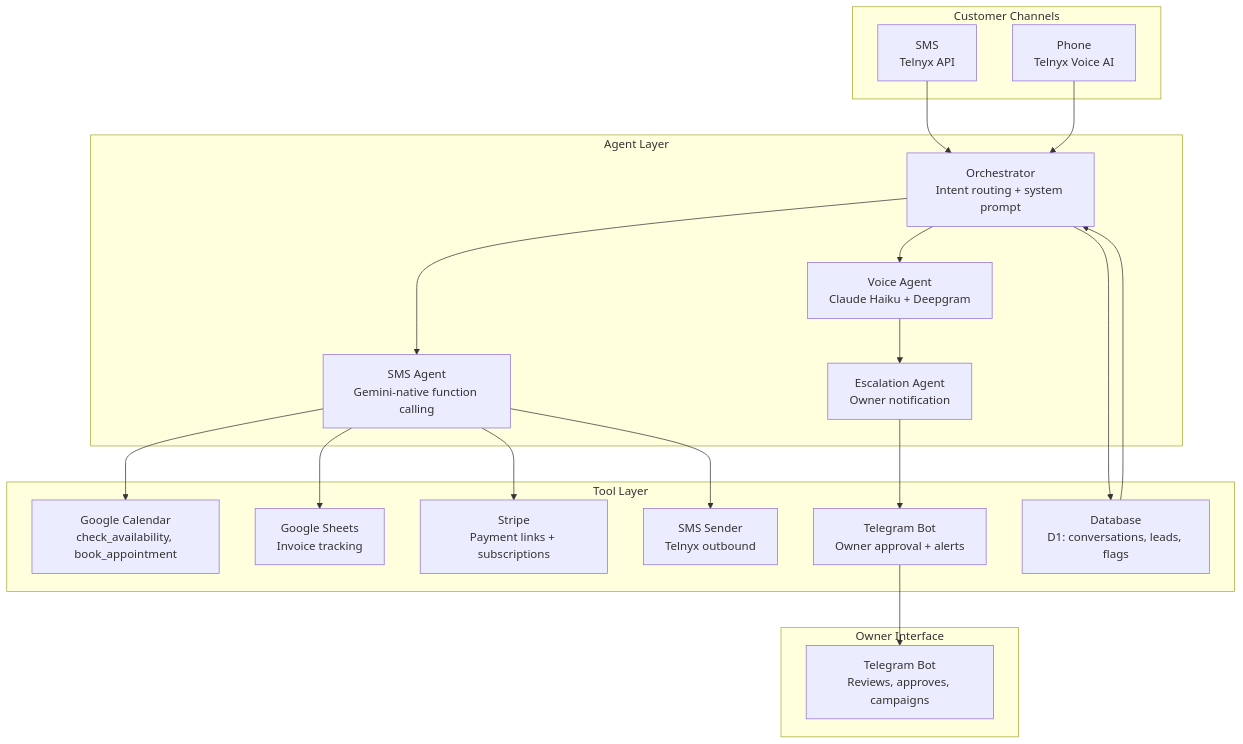
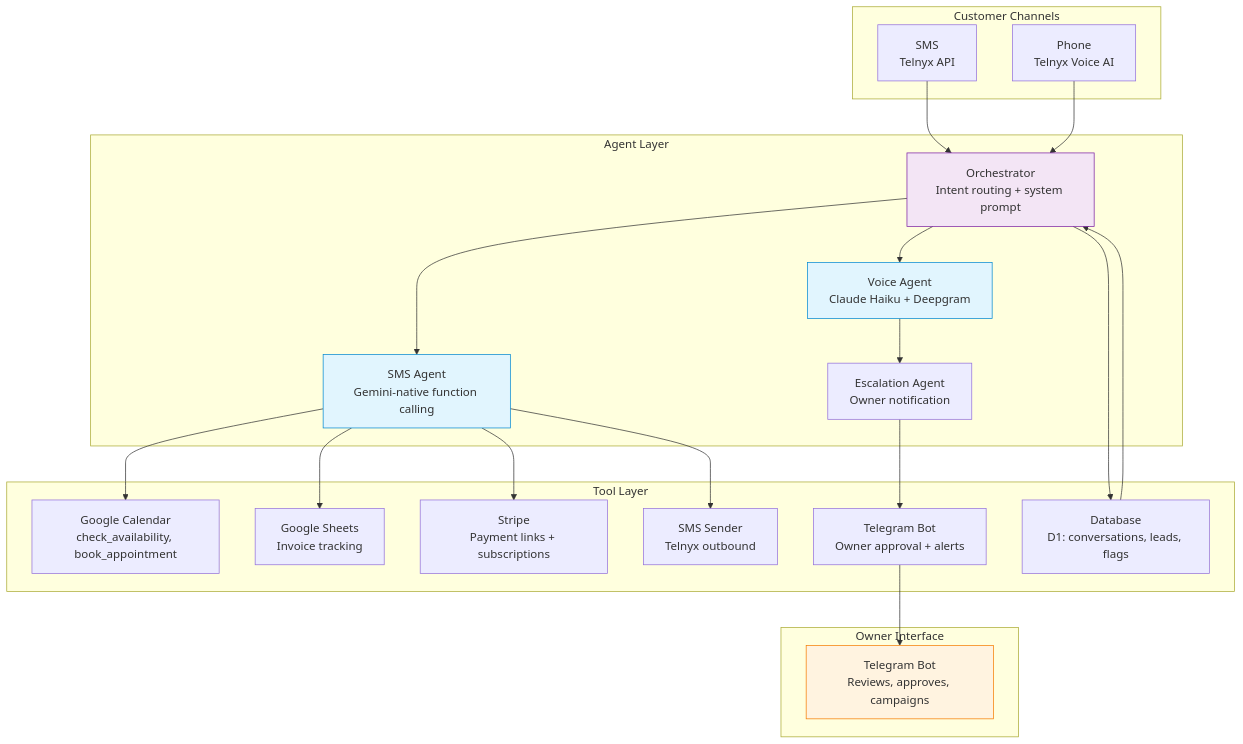
The second of 2 diagrams in README.md (linmichael123/smbforge-agentic-workflows), drawn with Mermaid before and after one commit. The commit also changed other lines of this file, not shown here.

````diff
--- a/README.md
+++ b/README.md
@@ -24,41 +126,46 @@
 ```mermaid
 flowchart TD
     subgraph Input["Customer Channels"]
         SM["SMS<br/>Telnyx API"]
         PH["Phone<br/>Telnyx Voice AI"]
     end
 
     subgraph Agents["Agent Layer"]
         OA["Orchestrator<br/>Intent routing + system prompt"]
         SA["SMS Agent<br/>Gemini-native function calling"]
         VA["Voice Agent<br/>Claude Haiku + Deepgram"]
         EA["Escalation Agent<br/>Owner notification"]
     end
 
     subgraph Tools["Tool Layer"]
         GC["Google Calendar<br/>check_availability, book_appointment"]
         GS["Google Sheets<br/>Invoice tracking"]
         ST["Stripe<br/>Payment links + subscriptions"]
         TG["Telegram Bot<br/>Owner approval + alerts"]
         SMS["SMS Sender<br/>Telnyx outbound"]
         DB["Database<br/>D1: conversations, leads, flags"]
     end
 
     subgraph Owners["Owner Interface"]
         TB["Telegram Bot<br/>Reviews, approves, campaigns"]
     end
 
     SM --> OA
     PH --> OA
     OA --> SA
     OA --> VA
     SA --> GC
     SA --> GS
     SA --> ST
     SA --> SMS
     VA --> EA
     EA --> TG
     TG --> TB
     OA --> DB
     DB --> OA
+    
+    style OA fill:#f3e5f5,stroke:#7b1fa2
+    style SA fill:#e1f5fe,stroke:#0288d1
+    style VA fill:#e1f5fe,stroke:#0288d1
+    style TB fill:#fff3e0,stroke:#f57c00
 ```
````
